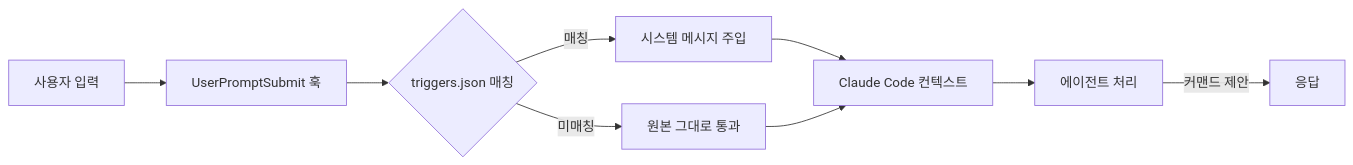
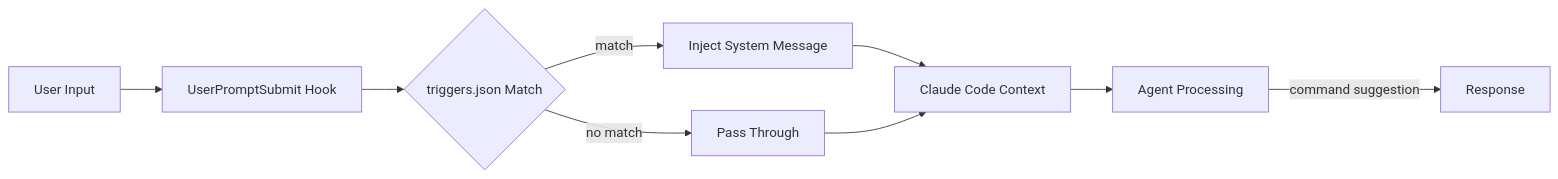
Before and after one commit to devfloor9/sample-oh-my-aidlcops: the diagram in docs/docs/keyword-triggers.md, drawn with Mermaid. The commit also changed other lines of this file and 44 other files, not shown here.

````diff
--- a/docs/docs/keyword-triggers.md
+++ b/docs/docs/keyword-triggers.md
@@ -33,11 +33,11 @@
 ```mermaid
 flowchart LR
-    U[사용자 입력] --> H[UserPromptSubmit 훅]
-    H --> T{triggers.json 매칭}
-    T -->|매칭| M[시스템 메시지 주입]
-    T -->|미매칭| P[원본 그대로 통과]
-    M --> C[Claude Code 컨텍스트]
+    U[User Input] --> H[UserPromptSubmit Hook]
+    H --> T{triggers.json Match}
+    T -->|match| M[Inject System Message]
+    T -->|no match| P[Pass Through]
+    M --> C[Claude Code Context]
     P --> C
-    C --> A[에이전트 처리]
-    A -->|커맨드 제안| R[응답]
+    C --> A[Agent Processing]
+    A -->|command suggestion| R[Response]
 ```
````
